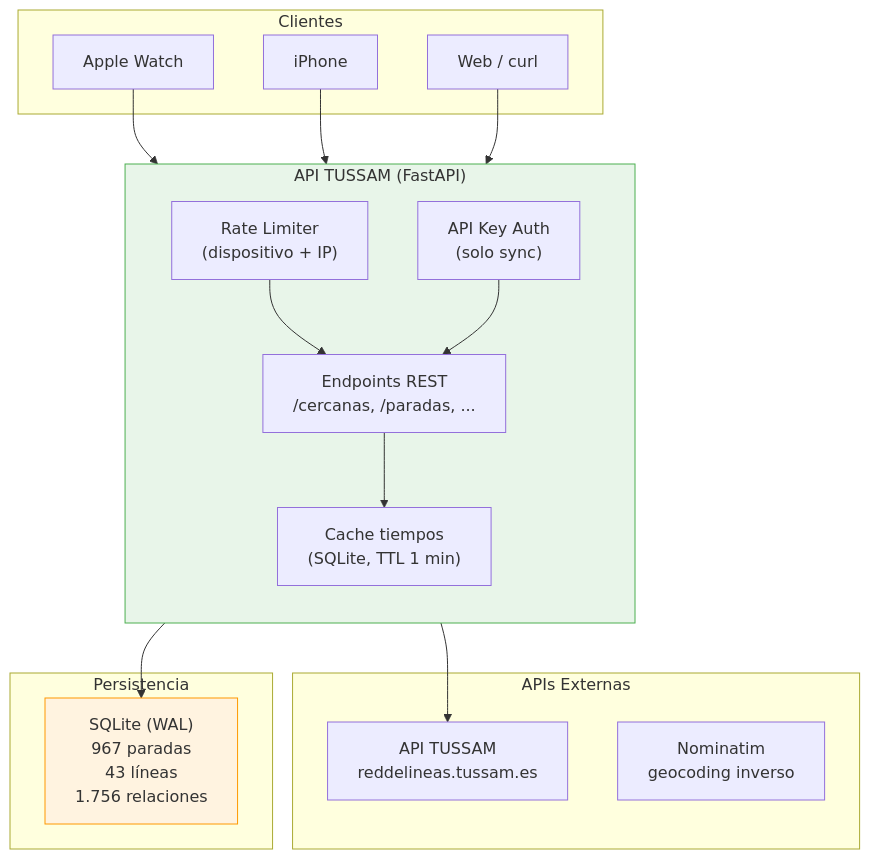
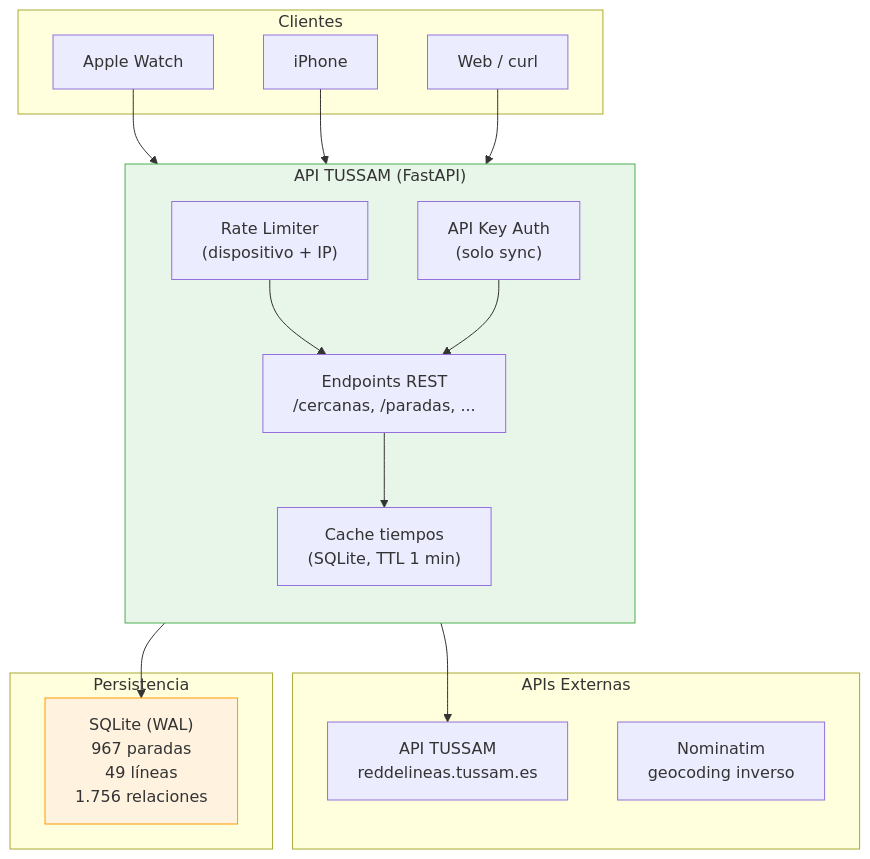
The first of 3 diagrams in README.md (686f6c61/API-TUSSAM), drawn with Mermaid before and after one commit. The commit also changed other lines of this file and 21 other files, not shown here.

````diff
--- a/README.md
+++ b/README.md
@@ -33,37 +33,37 @@
 ```mermaid
 flowchart TB
     subgraph Clientes["Clientes"]
         Watch["Apple Watch"]
         iPhone["iPhone"]
         Web["Web / curl"]
     end
 
     subgraph API["API TUSSAM (FastAPI)"]
         direction TB
         RL["Rate Limiter\n(dispositivo + IP)"]
         Auth["API Key Auth\n(solo sync)"]
         EP["Endpoints REST\n/cercanas, /paradas, ..."]
         Cache["Cache tiempos\n(SQLite, TTL 1 min)"]
     end
 
     subgraph Externo["APIs Externas"]
         TUSSAM["API TUSSAM\nreddelineas.tussam.es"]
         Nominatim["Nominatim\ngeocoding inverso"]
     end
 
     subgraph Almacenamiento["Persistencia"]
-        SQLite["SQLite (WAL)\n967 paradas\n43 líneas\n1.756 relaciones"]
+        SQLite["SQLite (WAL)\n967 paradas\n49 líneas\n1.756 relaciones"]
     end
 
     Watch --> RL
     iPhone --> RL
     Web --> RL
     RL --> EP
     EP --> Cache
     Cache --> TUSSAM
     EP --> SQLite
     Auth --> EP
 
     style API fill:#e8f5e9,stroke:#4caf50
     style SQLite fill:#fff3e0,stroke:#ff9800
 ```
````
